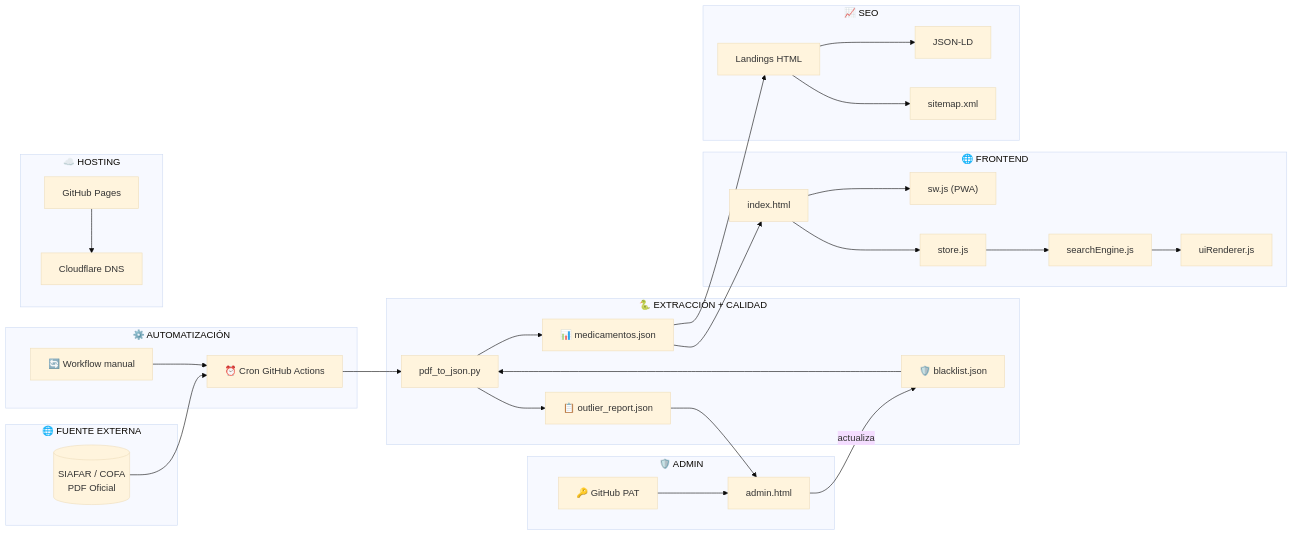
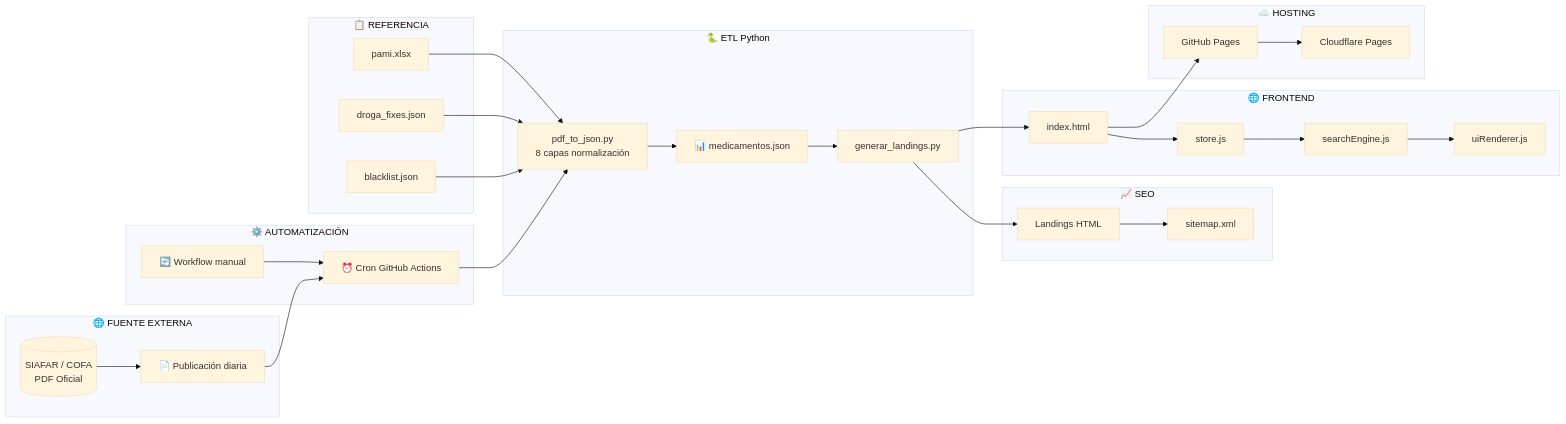
Before and after one commit to psbella/remediar: the third of 5 diagrams in README.md, drawn with Mermaid (base theme). The commit also changed other lines of this file, not shown here.

````diff
--- a/README.md
+++ b/README.md
@@ -742,59 +526,60 @@
 ```mermaid
 flowchart LR
 
     subgraph ONE["🌐 FUENTE EXTERNA"]
         A[("SIAFAR / COFA\nPDF Oficial")]
+        B["📄 Publicación diaria"]
     end
 
     subgraph TWO["⚙️ AUTOMATIZACIÓN"]
         C["⏰ Cron GitHub Actions"]
         D["🔄 Workflow manual"]
     end
 
-    subgraph THREE["🐍 EXTRACCIÓN + CALIDAD"]
-        E["pdf_to_json.py"]
-        BL["🛡️ blacklist.json"]
-        OR["📋 outlier_report.json"]
-        F["📊 medicamentos.json"]
+    subgraph THREE["🐍 ETL Python"]
+        E["pdf_to_json.py\n8 capas normalización"]
+        F["generar_landings.py"]
+        G["📊 medicamentos.json"]
     end
 
-    subgraph FOUR["🛡️ ADMIN"]
-        ADM["admin.html"]
-        PAT["🔑 GitHub PAT"]
+    subgraph REF["📋 REFERENCIA"]
+        H["pami.xlsx"]
+        I["droga_fixes.json"]
+        J["blacklist.json"]
     end
 
     subgraph FIVE["🌐 FRONTEND"]
-        I["index.html"]
-        SW["sw.js (PWA)"]
-        J["store.js"]
-        K["searchEngine.js"]
-        L["uiRenderer.js"]
+        K["index.html"]
+        L["store.js"]
+        M["searchEngine.js"]
+        N["uiRenderer.js"]
     end
 
     subgraph SIX["📈 SEO"]
-        M["Landings HTML"]
-        N["JSON-LD"]
-        O["sitemap.xml"]
+        O["Landings HTML"]
+        P["sitemap.xml"]
     end
 
     subgraph SEVEN["☁️ HOSTING"]
-        P["GitHub Pages"]
-        CF["Cloudflare DNS"]
+        Q["GitHub Pages"]
+        R["Cloudflare Pages"]
     end
 
-    A --> C
+    A --> B
+    B --> C
     D --> C
     C --> E
-    BL --> E
-    E --> OR
-    E --> F
-    OR --> ADM
-    PAT --> ADM
-    ADM -->|actualiza| BL
-    F --> M
-    F --> I
-    I --> SW
-    I --> J --> K --> L
-    M --> N & O
-    P --> CF
+    H --> E
+    I --> E
+    J --> E
+    E --> G
+    G --> F
+    F --> O
+    F --> K
+    K --> L
+    L --> M
+    M --> N
+    O --> P
+    K --> Q
+    Q --> R
 ```
````
